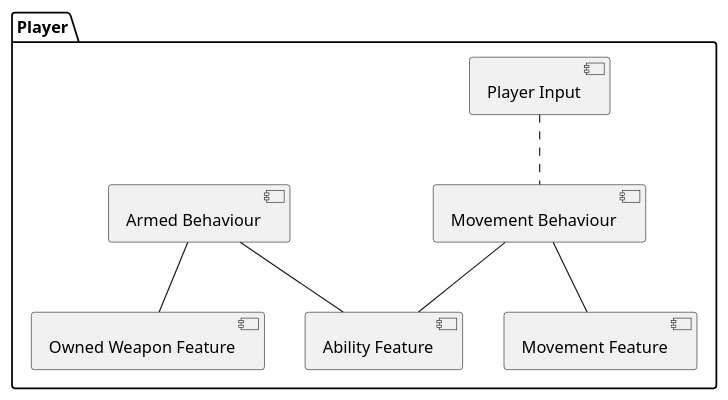
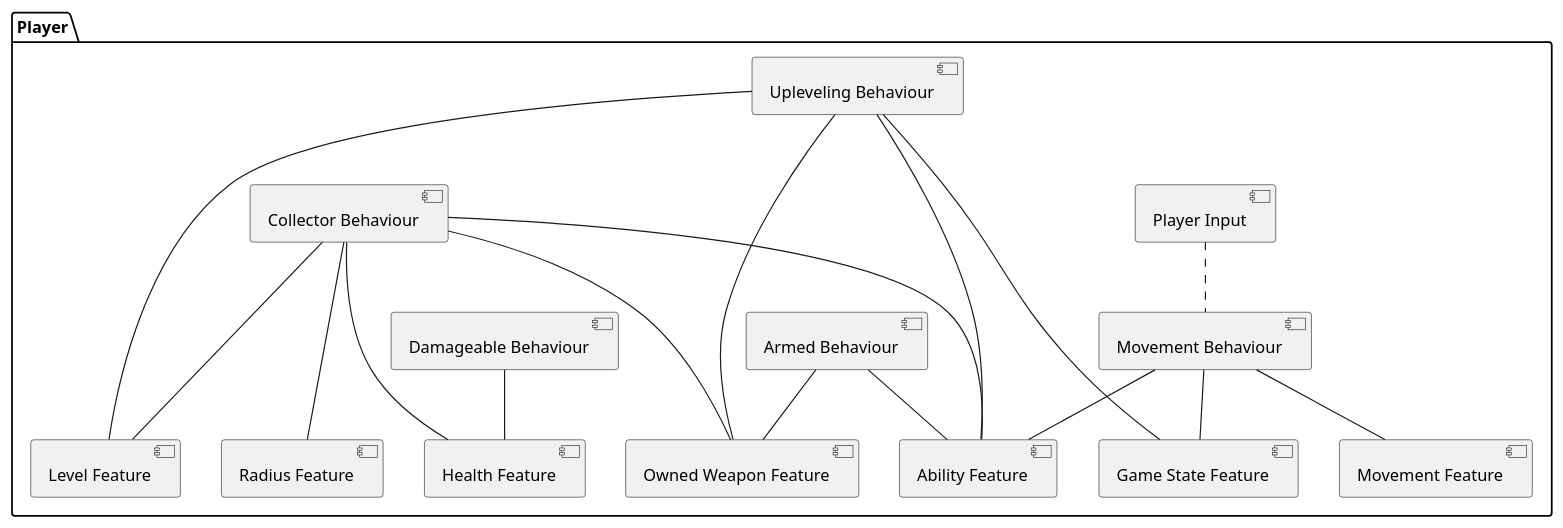
One commit to Famoose/marine-survivors changed the diagram in docs/01_Implementation/Prefabs/Player.puml. Above: the diagram before and after it, drawn with PlantUML. The commit also changed 5 other files, not shown here.

Commit message:
Diagrams updated

```diff
--- a/docs/01_Implementation/Prefabs/Player.puml
+++ b/docs/01_Implementation/Prefabs/Player.puml
@@ -1,20 +1,41 @@
 @startuml
 
 package Player {
     [Player Input] as playerInput
     [Movement Behaviour] as movementBeh
     [Armed Behaviour] as armedBeh
+    [Damageable Behaviour] as damageableBeh
+    [Collector Behaviour] as collectorBeh
+    [Upleveling Behaviour] as uplevelingBeh
     [Movement Feature] as movementFea
     [Owned Weapon Feature] as weaponFea
     [Ability Feature] as abilityFea
+    [Game State Feature] as gameStateFea
+    [Level Feature] as levelFea
+    [Health Feature] as healthFea
+    [Radius Feature] as radiusFea
 }
+
+damageableBeh -- healthFea
 
 movementBeh -- movementFea
 movementBeh -- abilityFea
+movementBeh -- gameStateFea
 
 armedBeh -- weaponFea
 armedBeh -- abilityFea
 
+collectorBeh --- radiusFea
+collectorBeh --- healthFea
+collectorBeh --- levelFea
+collectorBeh --- weaponFea
+collectorBeh --- abilityFea
+
+uplevelingBeh ---- levelFea
+uplevelingBeh ---- gameStateFea
+uplevelingBeh ---- weaponFea
+uplevelingBeh ---- abilityFea
+
 playerInput .. movementBeh
 
 @enduml
```
